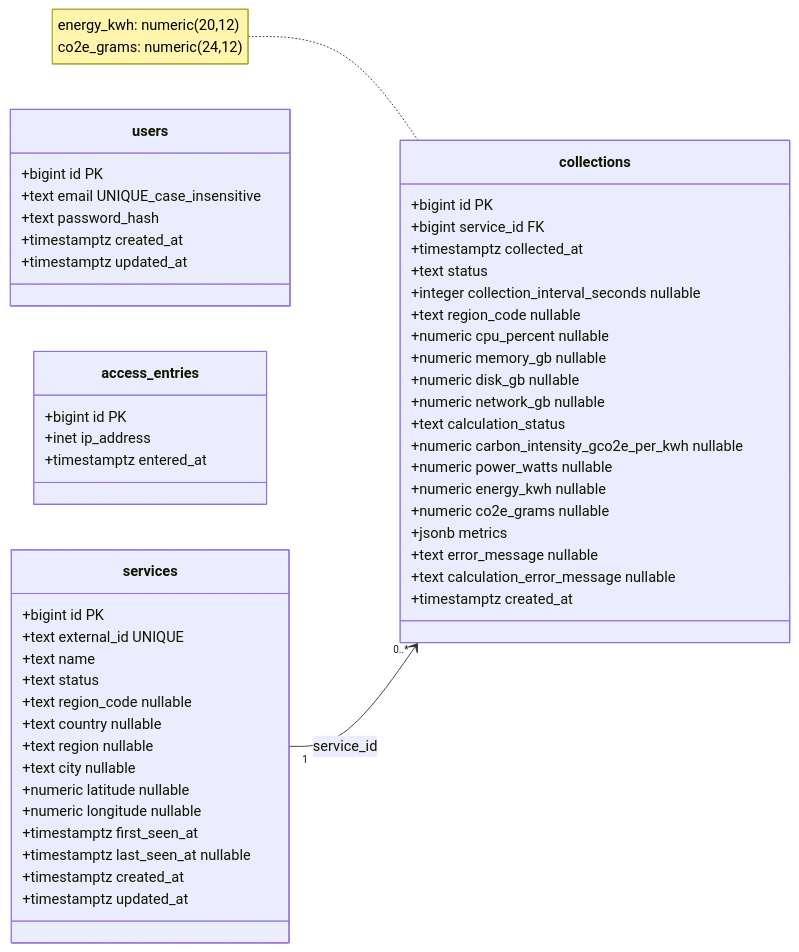
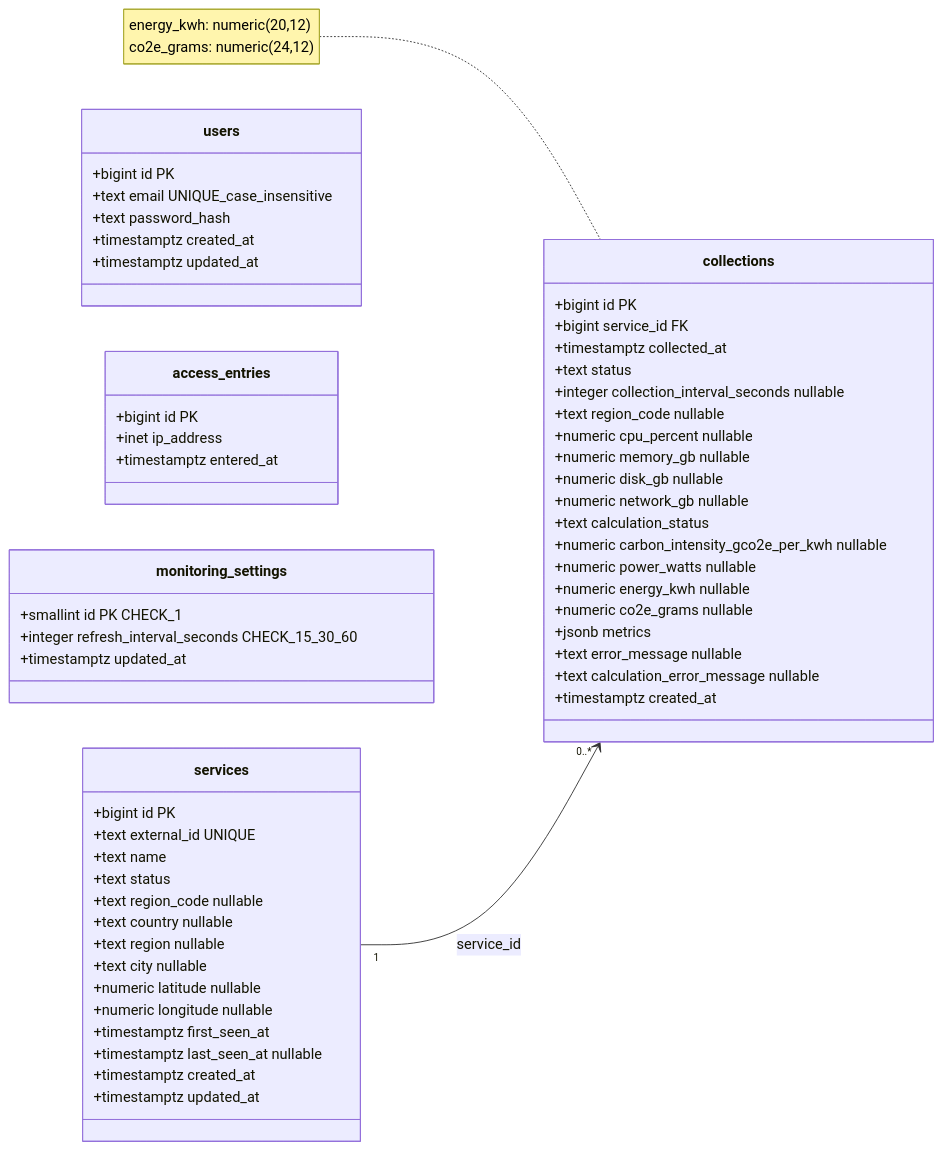
The first of 5 diagrams in docs/arquitetura/modelagem-uml.md (DEVassos/ecopulse-app), drawn with Mermaid before and after one commit. The commit also changed other lines of this file and 5 other files, not shown here.

````diff
--- a/docs/arquitetura/modelagem-uml.md
+++ b/docs/arquitetura/modelagem-uml.md
@@ -15,55 +15,60 @@
 ```mermaid
 classDiagram
     direction LR
     class services {
         +bigint id PK
         +text external_id UNIQUE
         +text name
         +text status
         +text region_code nullable
         +text country nullable
         +text region nullable
         +text city nullable
         +numeric latitude nullable
         +numeric longitude nullable
         +timestamptz first_seen_at
         +timestamptz last_seen_at nullable
         +timestamptz created_at
         +timestamptz updated_at
     }
     class collections {
         +bigint id PK
         +bigint service_id FK
         +timestamptz collected_at
         +text status
         +integer collection_interval_seconds nullable
         +text region_code nullable
         +numeric cpu_percent nullable
         +numeric memory_gb nullable
         +numeric disk_gb nullable
         +numeric network_gb nullable
         +text calculation_status
         +numeric carbon_intensity_gco2e_per_kwh nullable
         +numeric power_watts nullable
         +numeric energy_kwh nullable
         +numeric co2e_grams nullable
         +jsonb metrics
         +text error_message nullable
         +text calculation_error_message nullable
         +timestamptz created_at
     }
     class users {
         +bigint id PK
         +text email UNIQUE_case_insensitive
         +text password_hash
         +timestamptz created_at
         +timestamptz updated_at
     }
     class access_entries {
         +bigint id PK
         +inet ip_address
         +timestamptz entered_at
     }
+    class monitoring_settings {
+        +smallint id PK CHECK_1
+        +integer refresh_interval_seconds CHECK_15_30_60
+        +timestamptz updated_at
+    }
     note for collections "energy_kwh: numeric(20,12)<br/>co2e_grams: numeric(24,12)"
     services "1" --> "0..*" collections : service_id
 ```
````
